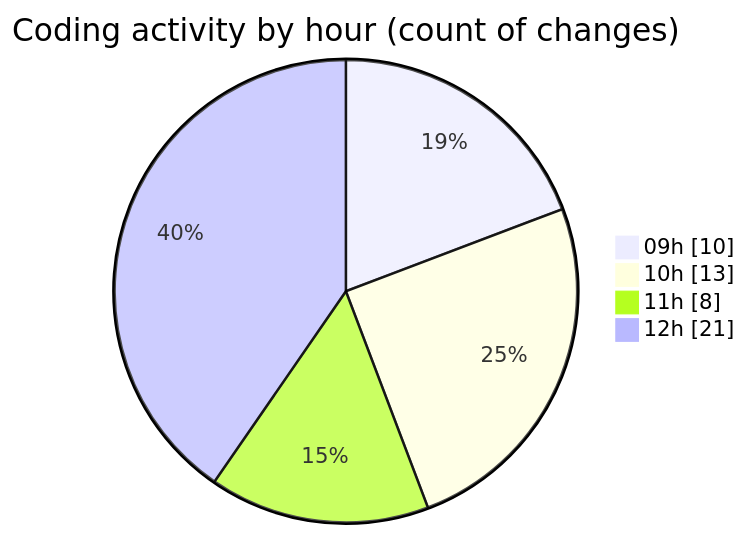
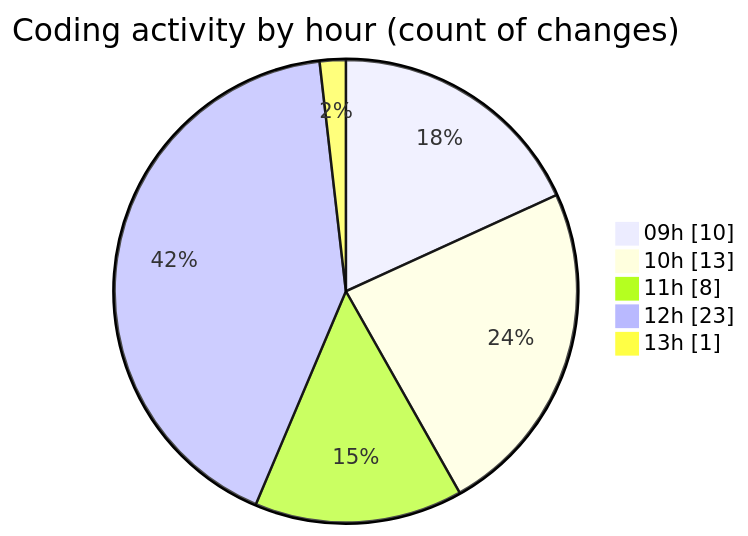
One commit to momahboobian/code-tracking changed the second of 2 diagrams in 2025-03-07/cda/README.md. Above: the diagram before and after it, drawn with Mermaid. The commit also changed other lines of this file and 1 other file, not shown here.

````diff
--- a/2025-03-07/cda/README.md
+++ b/2025-03-07/cda/README.md
@@ -40,8 +40,9 @@
 ```mermaid
 pie showData
 title Coding activity by hour (count of changes)
 "09h" : 10
 "10h" : 13
 "11h" : 8
-"12h" : 21
+"12h" : 23
+"13h" : 1
 ```
````
